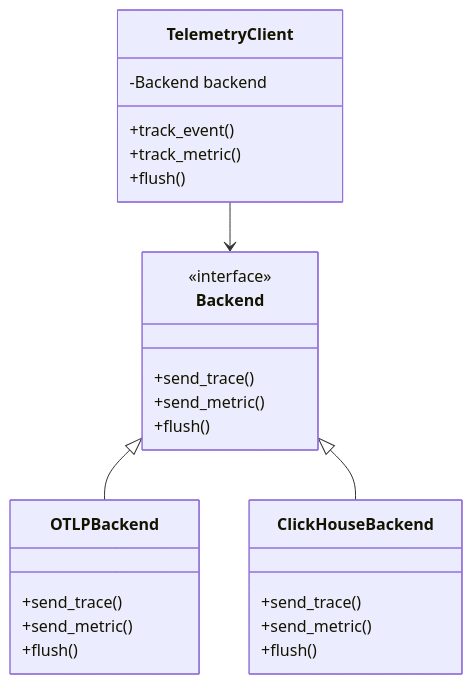
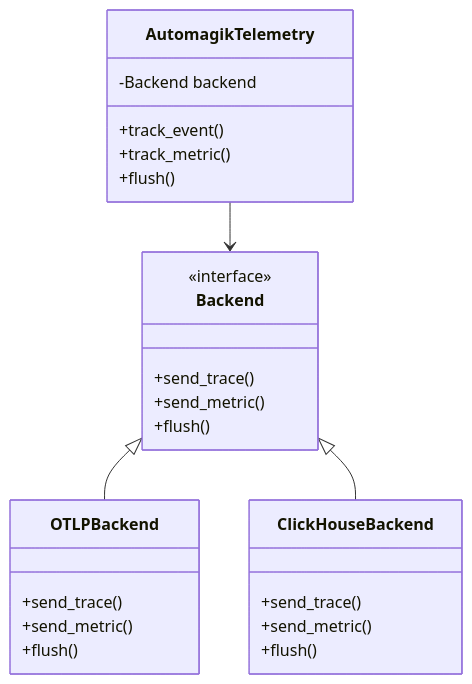
The fourth of 21 diagrams in docs/DEVELOPER_GUIDES/ARCHITECTURE.md (namastexlabs/automagik-telemetry), drawn with Mermaid before and after one commit. The commit also changed other lines of this file and 10 other files, not shown here.

````diff
--- a/docs/DEVELOPER_GUIDES/ARCHITECTURE.md
+++ b/docs/DEVELOPER_GUIDES/ARCHITECTURE.md
@@ -136,32 +136,32 @@
 ```mermaid
 classDiagram
-    class TelemetryClient {
+    class AutomagikTelemetry {
         -Backend backend
         +track_event()
         +track_metric()
         +flush()
     }
 
     class Backend {
         <<interface>>
         +send_trace()
         +send_metric()
         +flush()
     }
 
     class OTLPBackend {
         +send_trace()
         +send_metric()
         +flush()
     }
 
     class ClickHouseBackend {
         +send_trace()
         +send_metric()
         +flush()
     }
 
-    TelemetryClient --> Backend
+    AutomagikTelemetry --> Backend
     Backend <|-- OTLPBackend
     Backend <|-- ClickHouseBackend
 ```
````
